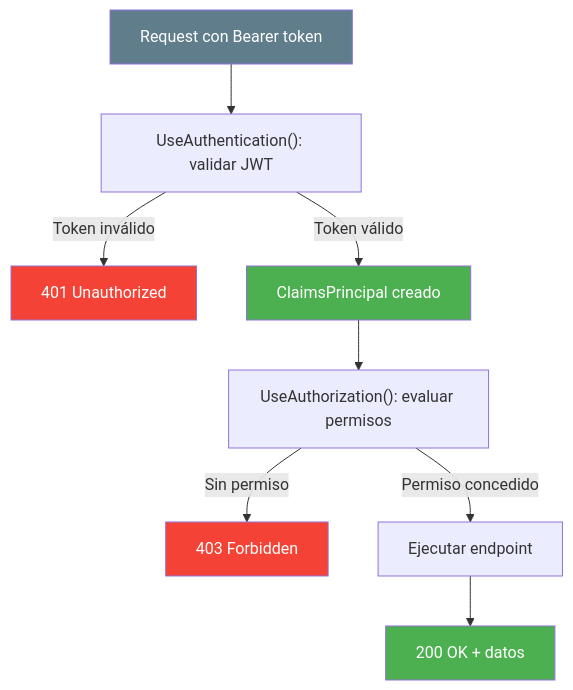
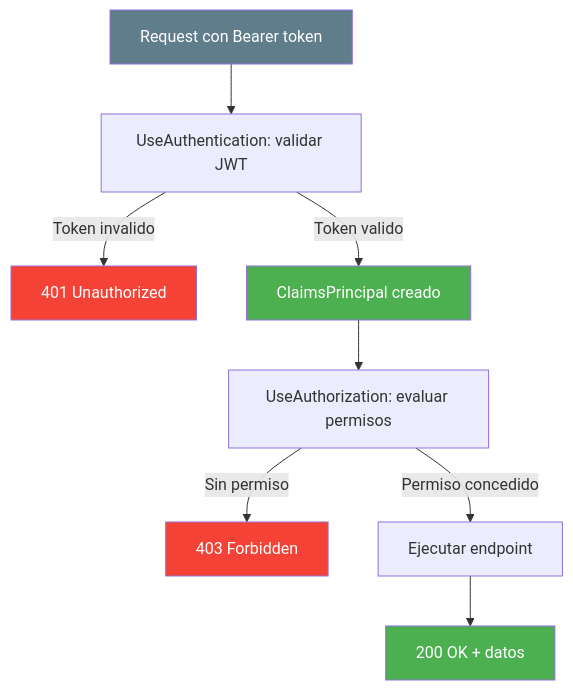
One commit to joseluisgs/DesarrolloWebEntornosServidor-02-2026-2027 changed the second of 9 diagrams in 17-autorizacion.md. Above: the diagram before and after it, drawn with Mermaid. The commit also changed other lines of this file and 1 other file, not shown here.

First line of the commit message:
[fix] UD02: Temas 16 y 17 reescritos con Mermaid corregido y texto explicativo

````diff
--- a/17-autorizacion.md
+++ b/17-autorizacion.md
@@ -90,16 +95,16 @@
 ```mermaid
 flowchart TD
-    A["Request con Bearer token"] --> B["UseAuthentication(): validar JWT"]
-    B -->|Token inválido| C["401 Unauthorized"]
-    B -->|Token válido| D["ClaimsPrincipal creado"]
-    D --> E["UseAuthorization(): evaluar permisos"]
+    A["Request con Bearer token"] --> B["UseAuthentication: validar JWT"]
+    B -->|Token invalido| C["401 Unauthorized"]
+    B -->|Token valido| D["ClaimsPrincipal creado"]
+    D --> E["UseAuthorization: evaluar permisos"]
     E -->|Sin permiso| F["403 Forbidden"]
     E -->|Permiso concedido| G["Ejecutar endpoint"]
     G --> H["200 OK + datos"]
 
     style A fill:#607D8B,color:#fff
     style C fill:#f44336,color:#fff
     style D fill:#4CAF50,color:#fff
     style F fill:#f44336,color:#fff
     style H fill:#4CAF50,color:#fff
 ```
````
